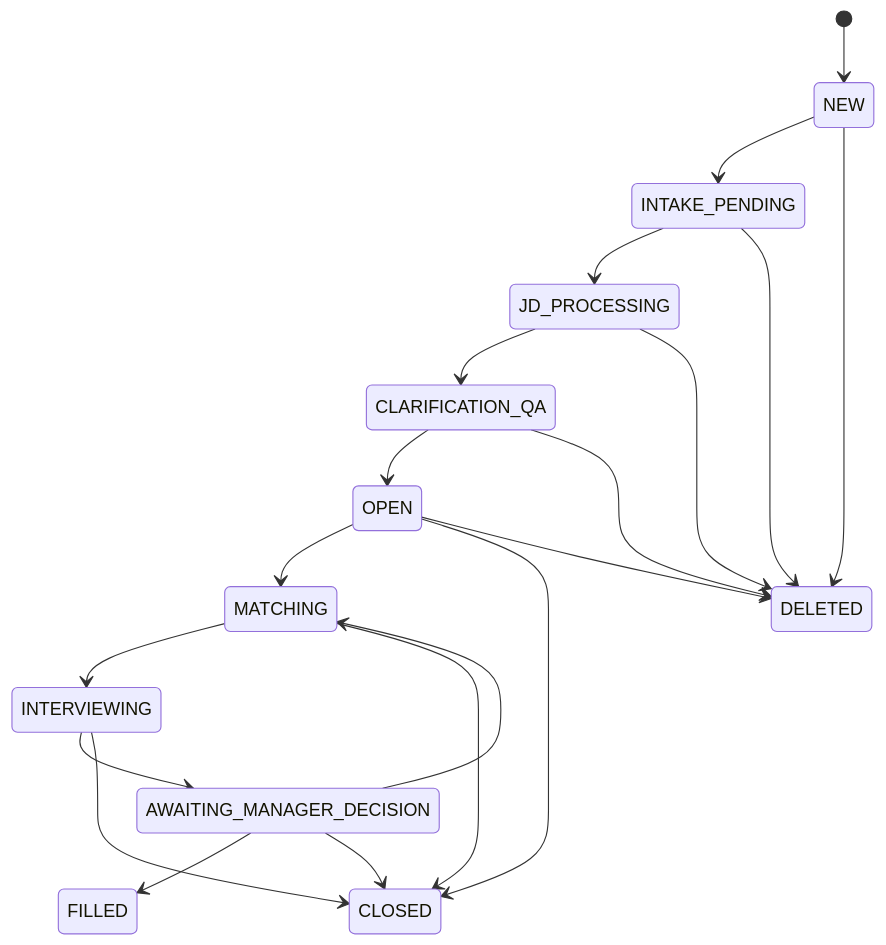
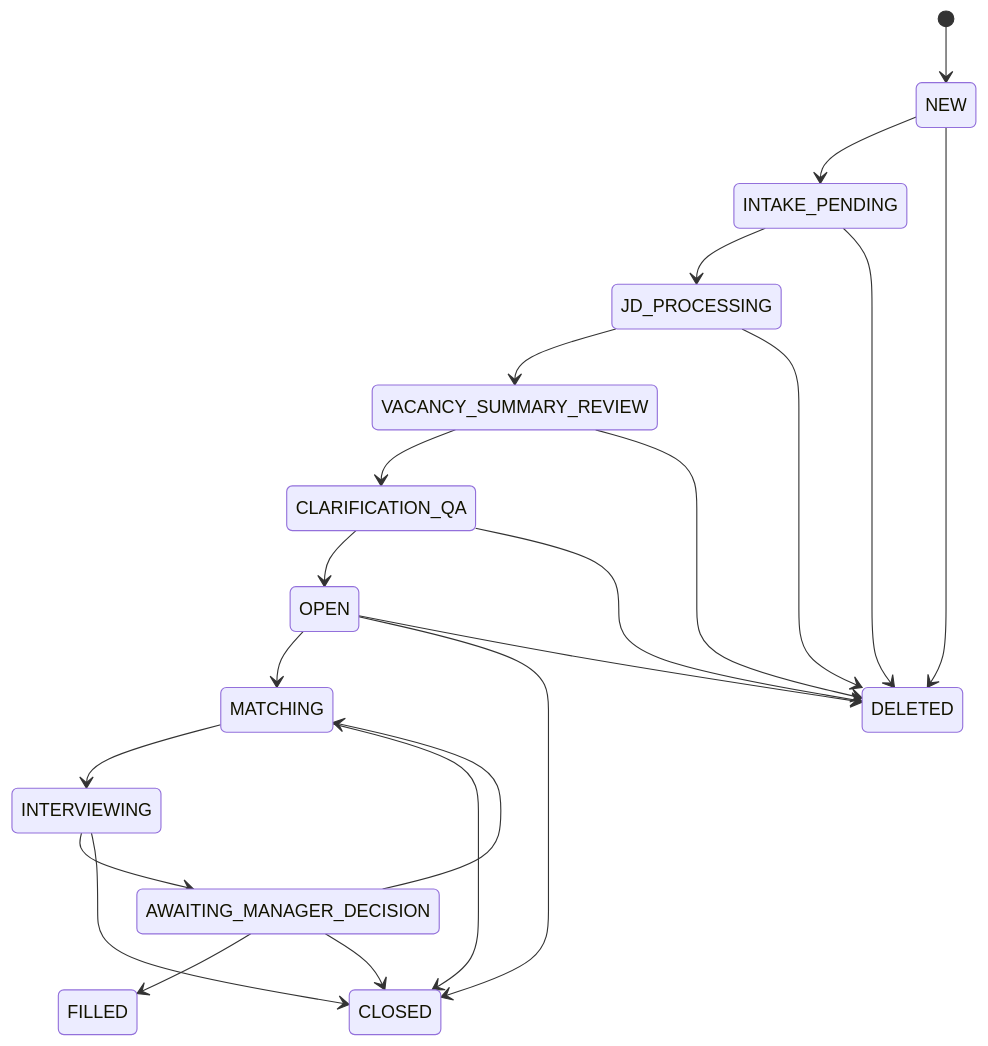
Before and after one commit to vladigolub93/gethellybot: the second of 3 diagrams in docs/HELLY_V1_STATE_MACHINES.md, drawn with Mermaid. The commit also changed other lines of this file and 2 other files, not shown here.

Commit message:
Define vacancy summary review stage design

````diff
--- a/docs/HELLY_V1_STATE_MACHINES.md
+++ b/docs/HELLY_V1_STATE_MACHINES.md
@@ -263,22 +264,24 @@
 ```mermaid
 stateDiagram-v2
     [*] --> NEW
     NEW --> INTAKE_PENDING
     INTAKE_PENDING --> JD_PROCESSING
-    JD_PROCESSING --> CLARIFICATION_QA
+    JD_PROCESSING --> VACANCY_SUMMARY_REVIEW
+    VACANCY_SUMMARY_REVIEW --> CLARIFICATION_QA
     CLARIFICATION_QA --> OPEN
     OPEN --> MATCHING
     MATCHING --> INTERVIEWING
     INTERVIEWING --> AWAITING_MANAGER_DECISION
     AWAITING_MANAGER_DECISION --> FILLED
     AWAITING_MANAGER_DECISION --> MATCHING
     OPEN --> CLOSED
     MATCHING --> CLOSED
     INTERVIEWING --> CLOSED
     AWAITING_MANAGER_DECISION --> CLOSED
     NEW --> DELETED
     INTAKE_PENDING --> DELETED
     JD_PROCESSING --> DELETED
+    VACANCY_SUMMARY_REVIEW --> DELETED
     CLARIFICATION_QA --> DELETED
     OPEN --> DELETED
 ```
````
